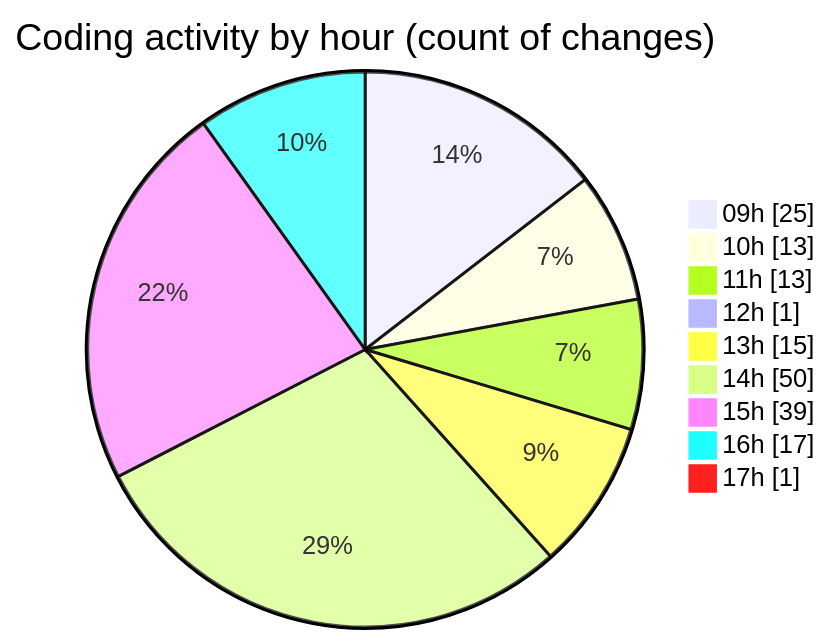
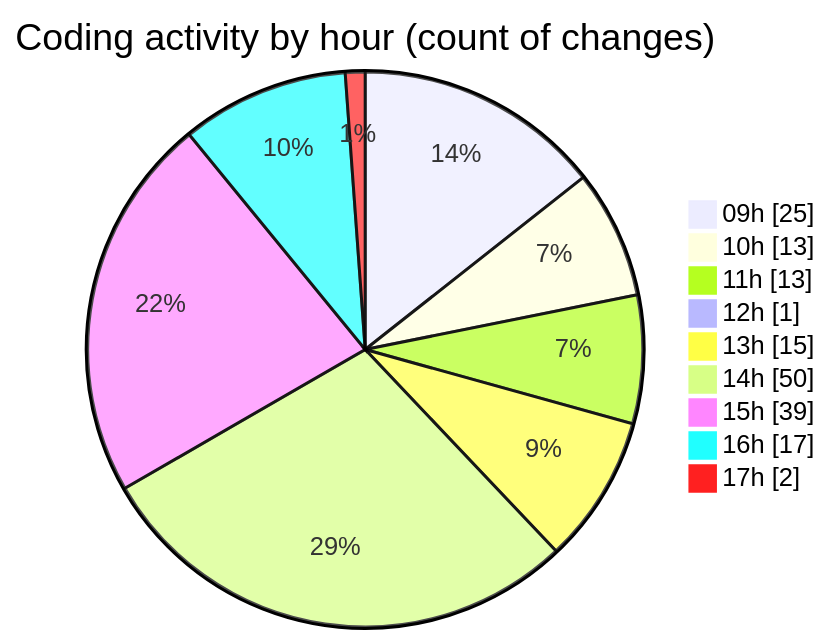
The second of 2 diagrams in 2025-05-07/cda/README.md (momahboobian/code-tracking), drawn with Mermaid before and after one commit. The commit also changed other lines of this file and 1 other file, not shown here.

````diff
--- a/2025-05-07/cda/README.md
+++ b/2025-05-07/cda/README.md
@@ -118,13 +118,13 @@
 ```mermaid
 pie showData
 title Coding activity by hour (count of changes)
 "09h" : 25
 "10h" : 13
 "11h" : 13
 "12h" : 1
 "13h" : 15
 "14h" : 50
 "15h" : 39
 "16h" : 17
-"17h" : 1
+"17h" : 2
 ```
````
